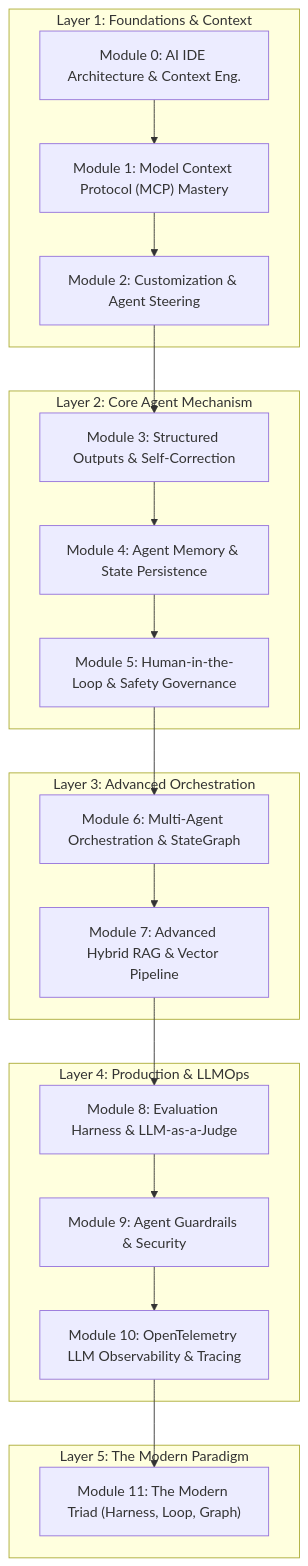
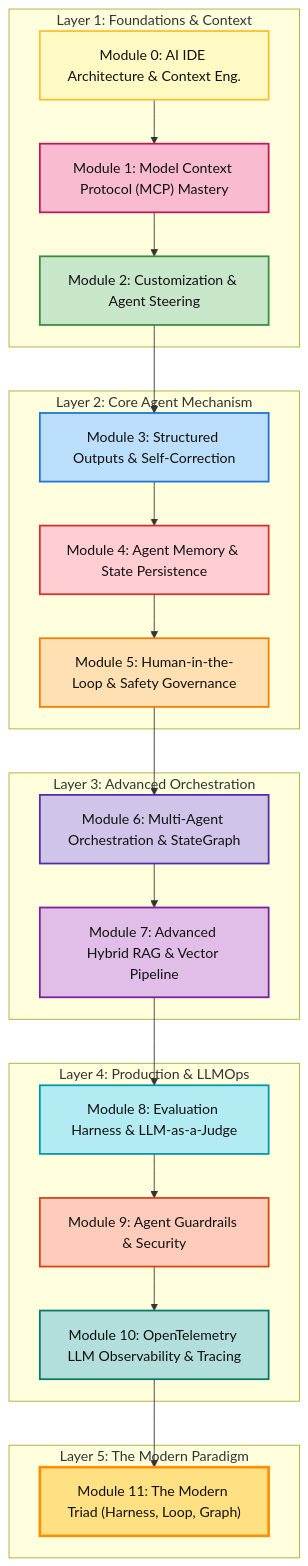
The diagram in curriculum.md (eooiea/AI-Engineering), drawn with Mermaid before and after one commit. The commit also changed 5 other files, not shown here.

First line of the commit message:
style: 다크모드 대응을 위한 Mermaid 다이어그램 텍스트 색상 수정

````diff
--- a/curriculum.md
+++ b/curriculum.md
@@ -36,31 +36,44 @@
 ```mermaid
 graph TD
     subgraph "Layer 1: Foundations & Context"
         M0["Module 0: AI IDE Architecture & Context Eng."]
         M1["Module 1: Model Context Protocol (MCP) Mastery"]
         M2["Module 2: Customization & Agent Steering"]
     end
     
     subgraph "Layer 2: Core Agent Mechanism"
         M3["Module 3: Structured Outputs & Self-Correction"]
         M4["Module 4: Agent Memory & State Persistence"]
         M5["Module 5: Human-in-the-Loop & Safety Governance"]
     end
     
     subgraph "Layer 3: Advanced Orchestration"
         M6["Module 6: Multi-Agent Orchestration & StateGraph"]
         M7["Module 7: Advanced Hybrid RAG & Vector Pipeline"]
     end
     
     subgraph "Layer 4: Production & LLMOps"
         M8["Module 8: Evaluation Harness & LLM-as-a-Judge"]
         M9["Module 9: Agent Guardrails & Security"]
         M10["Module 10: OpenTelemetry LLM Observability & Tracing"]
     end
 
     subgraph "Layer 5: The Modern Paradigm"
         M11["Module 11: The Modern Triad (Harness, Loop, Graph)"]
     end
 
     M0 --> M1 --> M2 --> M3 --> M4 --> M5 --> M6 --> M7 --> M8 --> M9 --> M10 --> M11
+    
+    style M0 fill:#fff9c4,stroke:#fbc02d,stroke-width:2px,color:#111111
+    style M1 fill:#f8bbd0,stroke:#c2185b,stroke-width:2px,color:#111111
+    style M2 fill:#c8e6c9,stroke:#388e3c,stroke-width:2px,color:#111111
+    style M3 fill:#bbdefb,stroke:#1976d2,stroke-width:2px,color:#111111
+    style M4 fill:#ffcdd2,stroke:#d32f2f,stroke-width:2px,color:#111111
+    style M5 fill:#ffe0b2,stroke:#f57c00,stroke-width:2px,color:#111111
+    style M6 fill:#d1c4e9,stroke:#512da8,stroke-width:2px,color:#111111
+    style M7 fill:#e1bee7,stroke:#7b1fa2,stroke-width:2px,color:#111111
+    style M8 fill:#b2ebf2,stroke:#0097a7,stroke-width:2px,color:#111111
+    style M9 fill:#ffccbc,stroke:#d84315,stroke-width:2px,color:#111111
+    style M10 fill:#b2dfdb,stroke:#00796b,stroke-width:2px,color:#111111
+    style M11 fill:#ffe082,stroke:#ff8f00,stroke-width:3px,color:#111111
 ```
````
